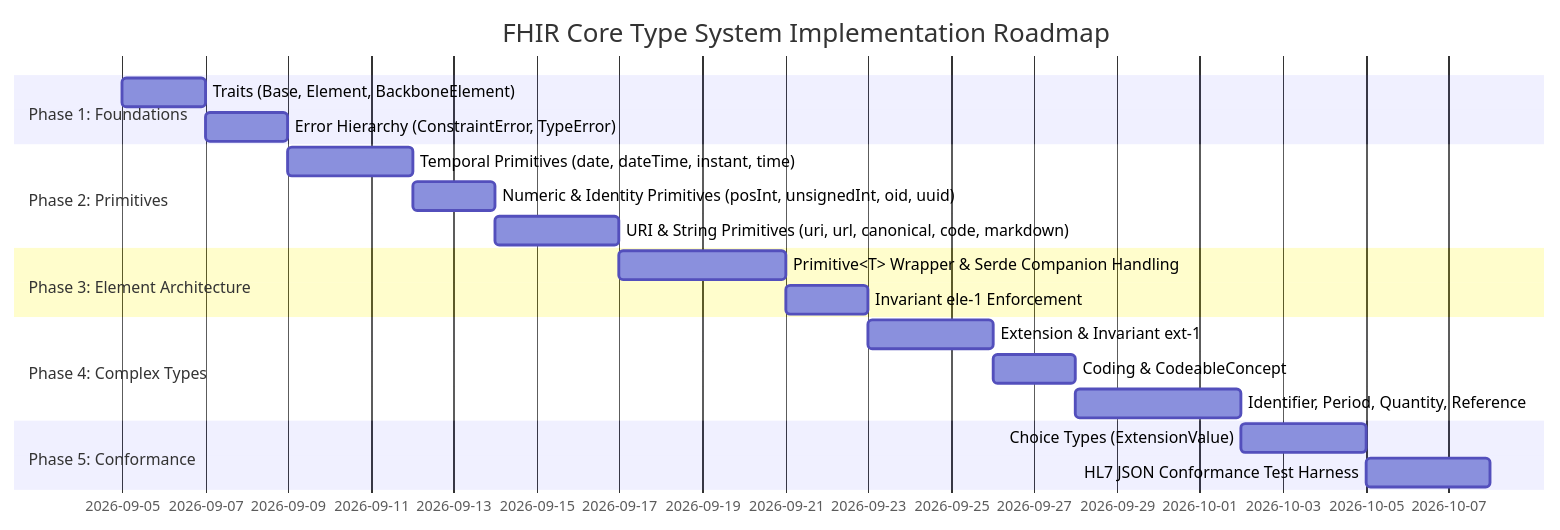
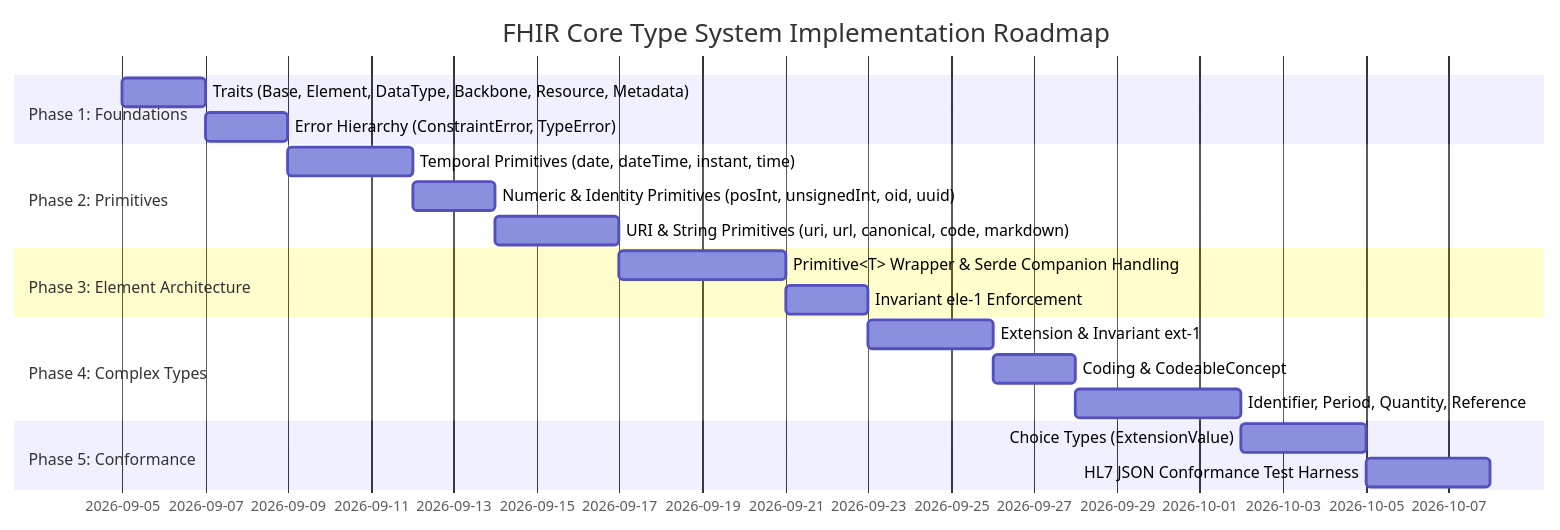
The second of 2 diagrams in docs/TDD.md (Revanthshalon/fhir-core), drawn with Mermaid before and after one commit. The commit also changed other lines of this file and 21 other files, not shown here.

````diff
--- a/docs/TDD.md
+++ b/docs/TDD.md
@@ -228,22 +293,22 @@
 ```mermaid
 gantt
     title FHIR Core Type System Implementation Roadmap
     dateFormat  YYYY-MM-DD
     section Phase 1: Foundations
-    Traits (Base, Element, BackboneElement)      :p1_1, 2026-09-05, 2d
-    Error Hierarchy (ConstraintError, TypeError) :p1_2, after p1_1, 2d
+    Traits (Base, Element, DataType, Backbone, Resource, Metadata) :p1_1, 2026-09-05, 2d
+    Error Hierarchy (ConstraintError, TypeError)                    :p1_2, after p1_1, 2d
     section Phase 2: Primitives
-    Temporal Primitives (date, dateTime, instant, time) :p2_1, after p1_2, 3d
-    Numeric & Identity Primitives (posInt, unsignedInt, oid, uuid) :p2_2, after p2_1, 2d
-    URI & String Primitives (uri, url, canonical, code, markdown) :p2_3, after p2_2, 3d
+    Temporal Primitives (date, dateTime, instant, time)            :p2_1, after p1_2, 3d
+    Numeric & Identity Primitives (posInt, unsignedInt, oid, uuid)  :p2_2, after p2_1, 2d
+    URI & String Primitives (uri, url, canonical, code, markdown)  :p2_3, after p2_2, 3d
     section Phase 3: Element Architecture
-    Primitive<T> Wrapper & Serde Companion Handling :p3_1, after p2_3, 4d
-    Invariant ele-1 Enforcement :p3_2, after p3_1, 2d
+    Primitive<T> Wrapper & Serde Companion Handling                :p3_1, after p2_3, 4d
+    Invariant ele-1 Enforcement                                    :p3_2, after p3_1, 2d
     section Phase 4: Complex Types
-    Extension & Invariant ext-1 :p4_1, after p3_2, 3d
-    Coding & CodeableConcept :p4_2, after p4_1, 2d
-    Identifier, Period, Quantity, Reference :p4_3, after p4_2, 4d
+    Extension & Invariant ext-1                                    :p4_1, after p3_2, 3d
+    Coding & CodeableConcept                                       :p4_2, after p4_1, 2d
+    Identifier, Period, Quantity, Reference                        :p4_3, after p4_2, 4d
     section Phase 5: Conformance
-    Choice Types (ExtensionValue) :p5_1, after p4_3, 3d
-    HL7 JSON Conformance Test Harness :p5_2, after p5_1, 3d
+    Choice Types (ExtensionValue)                                  :p5_1, after p4_3, 3d
+    HL7 JSON Conformance Test Harness                              :p5_2, after p5_1, 3d
 ```
````
